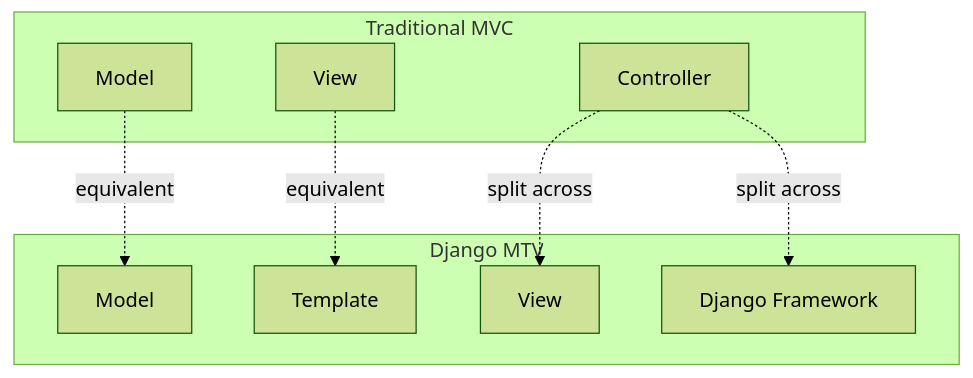
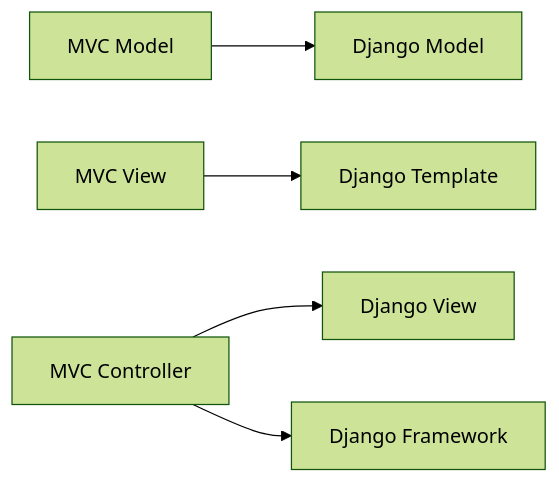
One commit to AvadhBhalodiya/Interview-Preparation changed the second of 9 diagrams in src/content/django/mtv-request-response-cycle.md. Above: the diagram before and after it, drawn with Mermaid (forest theme). The commit also changed other lines of this file and 80 other files, not shown here.

````diff
--- a/src/content/django/mtv-request-response-cycle.md
+++ b/src/content/django/mtv-request-response-cycle.md
@@ -278,20 +173,7 @@
 ```mermaid
-flowchart TB
-    subgraph MVC[Traditional MVC]
-        MVC_M[Model]
-        MVC_V[View]
-        MVC_C[Controller]
-    end
-
-    subgraph MTV[Django MTV]
-        MTV_M[Model]
-        MTV_T[Template]
-        MTV_V[View]
-        FW[Django Framework]
-    end
-
-    MVC_M -. equivalent .-> MTV_M
-    MVC_V -. equivalent .-> MTV_T
-    MVC_C -. split across .-> MTV_V
-    MVC_C -. split across .-> FW
+flowchart LR
+    MVCModel[MVC Model] --> DjangoModel[Django Model]
+    MVCView[MVC View] --> Template[Django Template]
+    MVCController[MVC Controller] --> DjangoView[Django View]
+    MVCController --> Framework[Django Framework]
 ```
````
